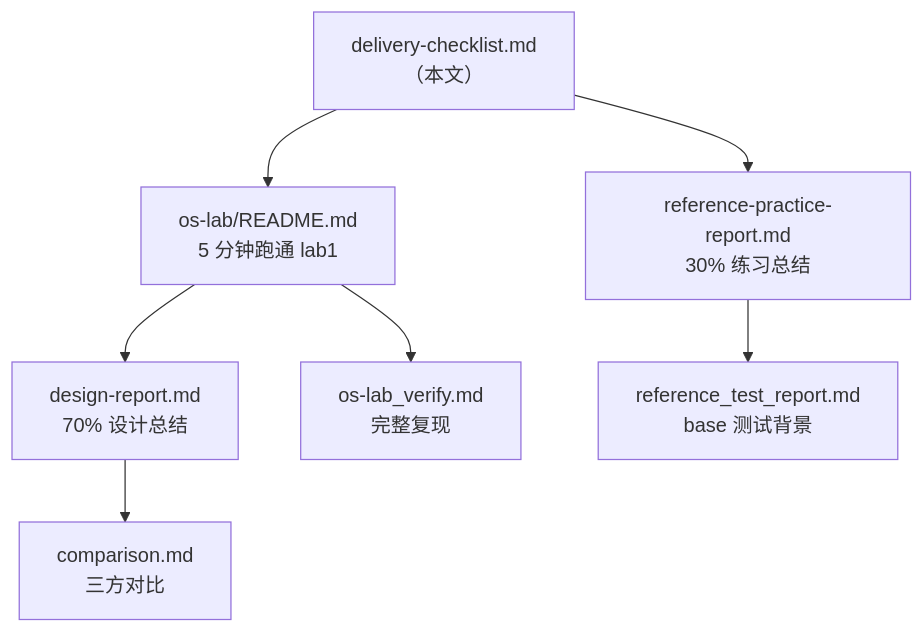
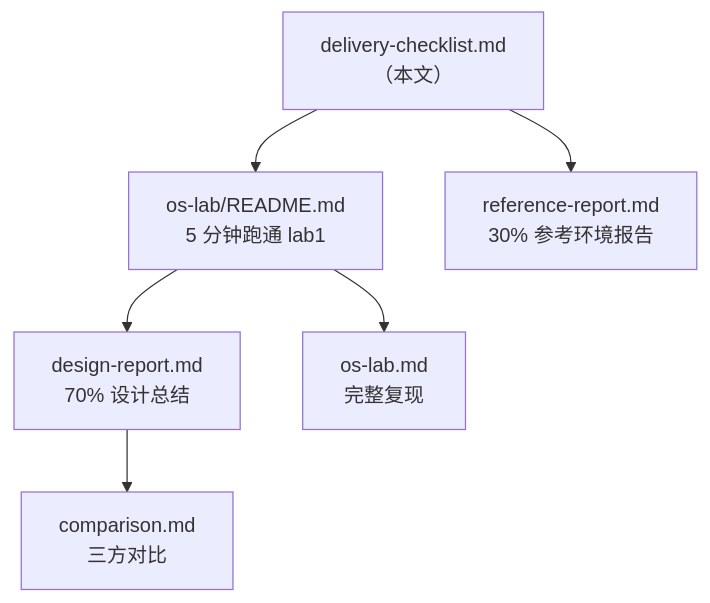
The diagram in docs/delivery-checklist.md (AM-SuSh/EVOLVE), drawn with Mermaid before and after one commit. The commit also changed other lines of this file and 9 other files, not shown here.

````diff
--- a/docs/delivery-checklist.md
+++ b/docs/delivery-checklist.md
@@ -136,9 +135,8 @@
 ```mermaid
 flowchart TD
     A["delivery-checklist.md<br/>（本文）"] --> B["os-lab/README.md<br/>5 分钟跑通 lab1"]
-    A --> C["reference-practice-report.md<br/>30% 练习总结"]
+    A --> C["reference-report.md<br/>30% 参考环境报告"]
     B --> D["design-report.md<br/>70% 设计总结"]
     D --> E["comparison.md<br/>三方对比"]
-    B --> F["os-lab_verify.md<br/>完整复现"]
-    C --> G["reference_test_report.md<br/>base 测试背景"]
+    B --> F["os-lab.md<br/>完整复现"]
 ```
````
